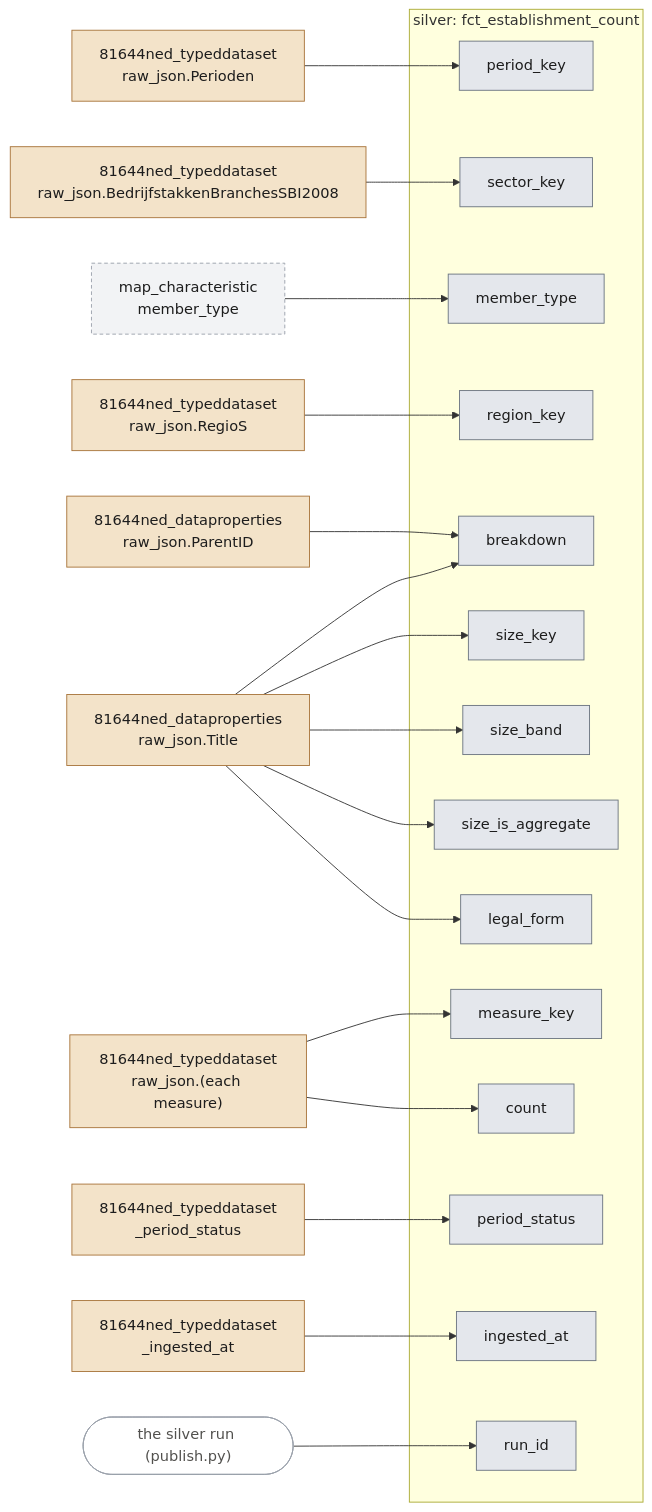
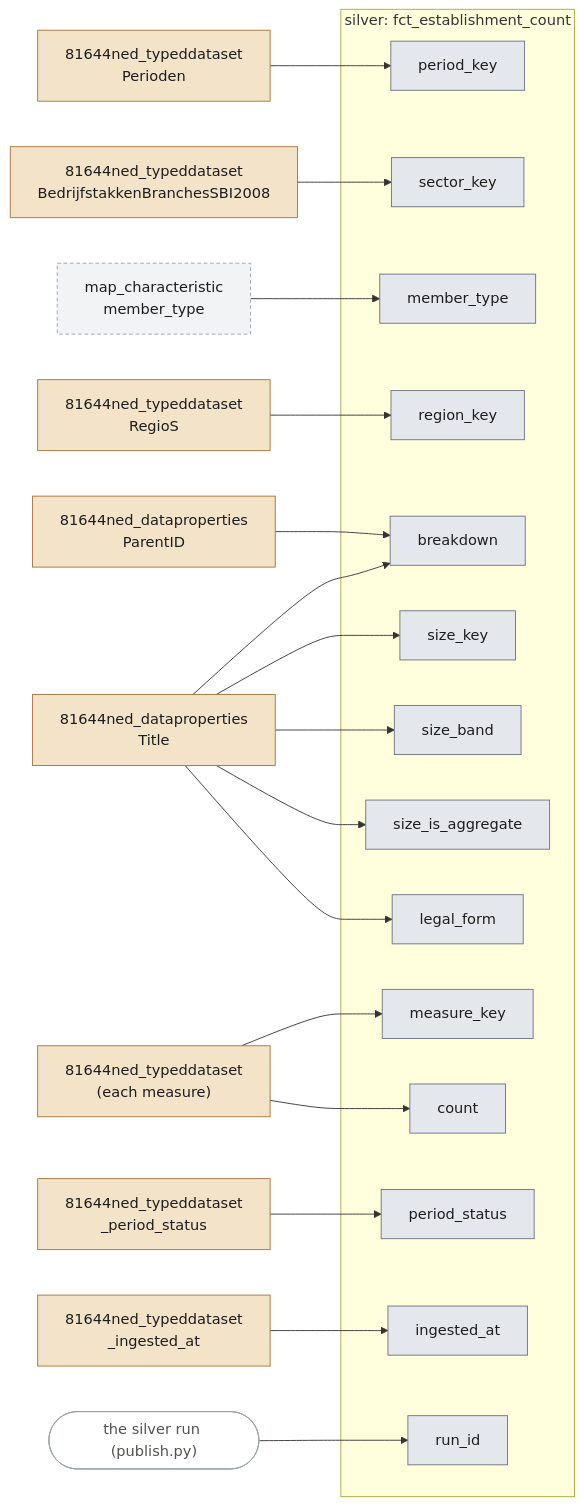
One commit to stefancodecommit/AOV_Lakehouse changed diagram 12 of 13 in docs/lineage.md. Above: the diagram before and after it, drawn with Mermaid. The commit also changed other lines of this file and 12 other files, not shown here.

First line of the commit message:
Structured CBS bronze: a column per field next to raw_json

````diff
--- a/docs/lineage.md
+++ b/docs/lineage.md
@@ -648,48 +648,48 @@
 ```mermaid
 flowchart LR
-  n_src_81644ned_dataproperties_raw_json_ParentID["81644ned_dataproperties<br/>raw_json.ParentID"]:::bronze
-  n_src_81644ned_dataproperties_raw_json_Title["81644ned_dataproperties<br/>raw_json.Title"]:::bronze
+  n_src_81644ned_dataproperties_ParentID["81644ned_dataproperties<br/>ParentID"]:::bronze
+  n_src_81644ned_dataproperties_Title["81644ned_dataproperties<br/>Title"]:::bronze
+  n_src_81644ned_typeddataset_BedrijfstakkenBranchesSBI2008["81644ned_typeddataset<br/>BedrijfstakkenBranchesSBI2008"]:::bronze
+  n_src_81644ned_typeddataset_Perioden["81644ned_typeddataset<br/>Perioden"]:::bronze
+  n_src_81644ned_typeddataset_RegioS["81644ned_typeddataset<br/>RegioS"]:::bronze
   n_src_81644ned_typeddataset__ingested_at["81644ned_typeddataset<br/>_ingested_at"]:::bronze
+  n_src_81644ned_typeddataset__measure_["81644ned_typeddataset<br/>(each measure)"]:::bronze
   n_src_81644ned_typeddataset__period_status["81644ned_typeddataset<br/>_period_status"]:::bronze
-  n_src_81644ned_typeddataset_raw_json_BedrijfstakkenBranchesSBI2008["81644ned_typeddataset<br/>raw_json.BedrijfstakkenBranchesSBI2008"]:::bronze
-  n_src_81644ned_typeddataset_raw_json_Perioden["81644ned_typeddataset<br/>raw_json.Perioden"]:::bronze
-  n_src_81644ned_typeddataset_raw_json_RegioS["81644ned_typeddataset<br/>raw_json.RegioS"]:::bronze
-  n_src_81644ned_typeddataset_raw_json__measure_["81644ned_typeddataset<br/>raw_json.(each measure)"]:::bronze
   n_src_silver_map_characteristic_member_type["map_characteristic<br/>member_type"]:::silverref
   run(["the silver run (publish.py)"]):::run
   subgraph n_tbl_fct_establishment_count["silver: fct_establishment_count"]
     n_col_period_key["period_key"]:::silver
     n_col_sector_key["sector_key"]:::silver
     n_col_member_type["member_type"]:::silver
     n_col_region_key["region_key"]:::silver
     n_col_breakdown["breakdown"]:::silver
     n_col_measure_key["measure_key"]:::silver
     n_col_size_key["size_key"]:::silver
     n_col_size_band["size_band"]:::silver
     n_col_size_is_aggregate["size_is_aggregate"]:::silver
     n_col_legal_form["legal_form"]:::silver
     n_col_count["count"]:::silver
     n_col_period_status["period_status"]:::silver
     n_col_ingested_at["ingested_at"]:::silver
     n_col_run_id["run_id"]:::silver
   end
-  n_src_81644ned_typeddataset_raw_json_Perioden --> n_col_period_key
-  n_src_81644ned_typeddataset_raw_json_BedrijfstakkenBranchesSBI2008 --> n_col_sector_key
+  n_src_81644ned_typeddataset_Perioden --> n_col_period_key
+  n_src_81644ned_typeddataset_BedrijfstakkenBranchesSBI2008 --> n_col_sector_key
   n_src_silver_map_characteristic_member_type --> n_col_member_type
-  n_src_81644ned_typeddataset_raw_json_RegioS --> n_col_region_key
-  n_src_81644ned_dataproperties_raw_json_ParentID --> n_col_breakdown
-  n_src_81644ned_dataproperties_raw_json_Title --> n_col_breakdown
-  n_src_81644ned_typeddataset_raw_json__measure_ --> n_col_measure_key
-  n_src_81644ned_dataproperties_raw_json_Title --> n_col_size_key
-  n_src_81644ned_dataproperties_raw_json_Title --> n_col_size_band
-  n_src_81644ned_dataproperties_raw_json_Title --> n_col_size_is_aggregate
-  n_src_81644ned_dataproperties_raw_json_Title --> n_col_legal_form
-  n_src_81644ned_typeddataset_raw_json__measure_ --> n_col_count
+  n_src_81644ned_typeddataset_RegioS --> n_col_region_key
+  n_src_81644ned_dataproperties_ParentID --> n_col_breakdown
+  n_src_81644ned_dataproperties_Title --> n_col_breakdown
+  n_src_81644ned_typeddataset__measure_ --> n_col_measure_key
+  n_src_81644ned_dataproperties_Title --> n_col_size_key
+  n_src_81644ned_dataproperties_Title --> n_col_size_band
+  n_src_81644ned_dataproperties_Title --> n_col_size_is_aggregate
+  n_src_81644ned_dataproperties_Title --> n_col_legal_form
+  n_src_81644ned_typeddataset__measure_ --> n_col_count
   n_src_81644ned_typeddataset__period_status --> n_col_period_status
   n_src_81644ned_typeddataset__ingested_at --> n_col_ingested_at
   run --> n_col_run_id
   classDef bronze fill:#f3e3c9,stroke:#a8743a,color:#1d1d1d
   classDef silver fill:#e4e7ec,stroke:#6b7480,color:#1d1d1d
   classDef silverref fill:#f2f3f5,stroke:#9aa1ab,stroke-dasharray:4 3,color:#1d1d1d
   classDef run fill:#ffffff,stroke:#9aa1ab,color:#52514e
 ```
````
